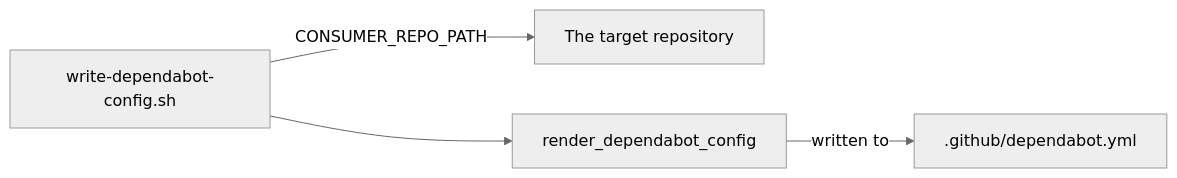
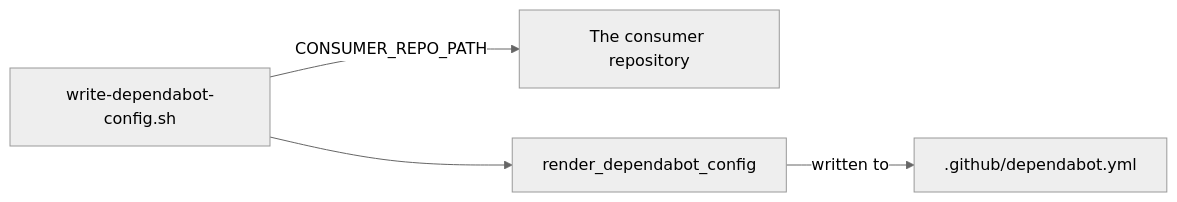
The third of 12 diagrams in docs/dev/implementation/128-dependabot-action-pins/plan.md (Klark-Morrigan/Common-Automation), drawn with Mermaid (neutral theme) before and after one commit. The commit also changed other lines of this file and 21 other files, not shown here.

````diff
--- a/docs/dev/implementation/128-dependabot-action-pins/plan.md
+++ b/docs/dev/implementation/128-dependabot-action-pins/plan.md
@@ -355,6 +355,6 @@
 ```mermaid
 flowchart LR
-    writer[write-dependabot-config.sh] -->|CONSUMER_REPO_PATH| target[The target repository]
+    writer[write-dependabot-config.sh] -->|CONSUMER_REPO_PATH| consumer[The consumer repository]
     writer --> renderer[render_dependabot_config]
     renderer -->|written to| config[.github/dependabot.yml]
 ```
````
